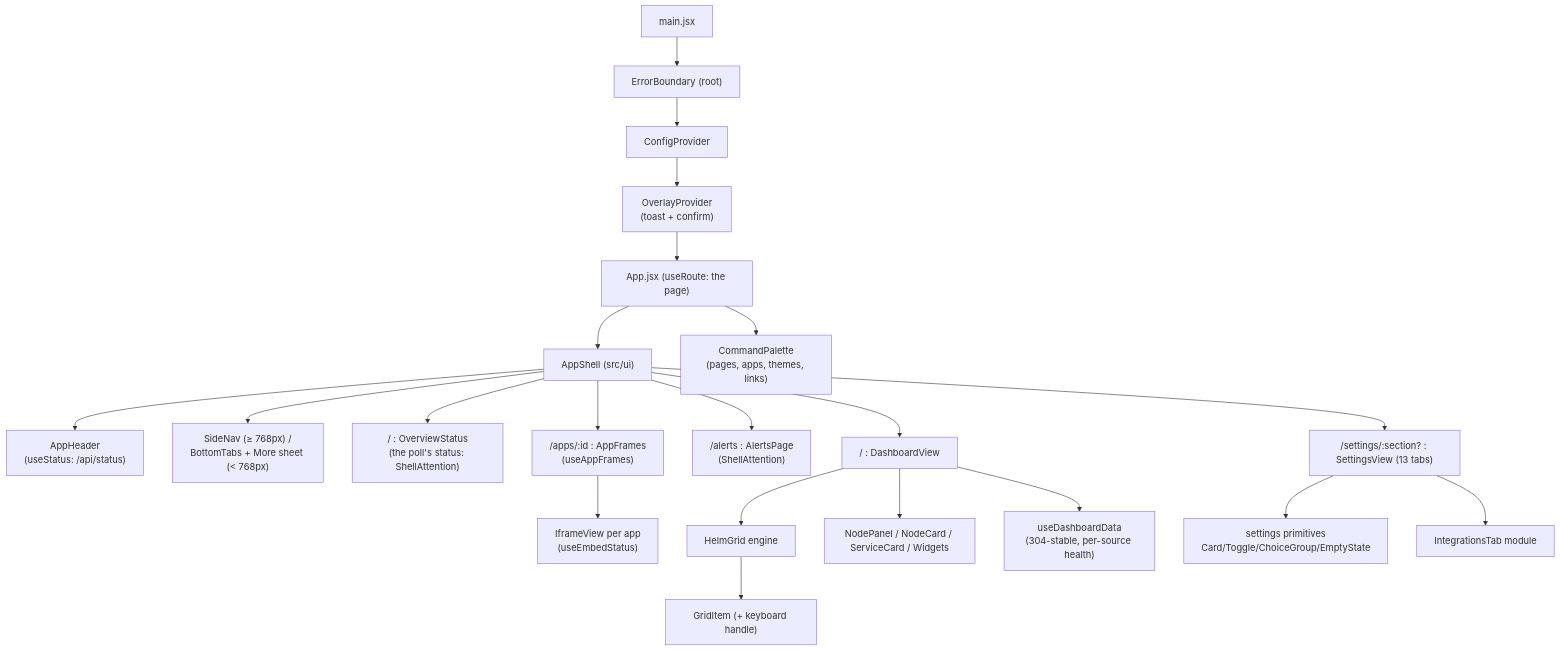
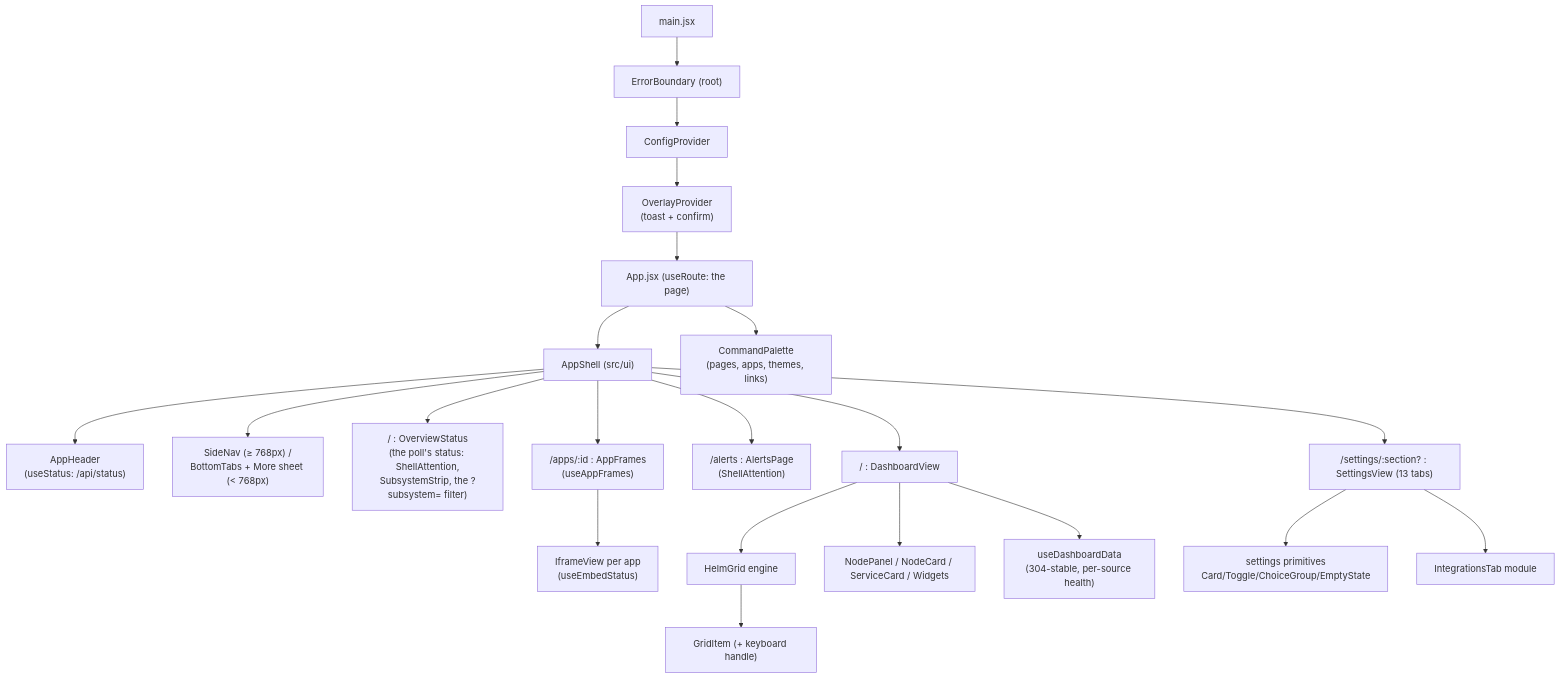
Before and after one commit to jagbhandal/jaghelm: the fourth of 5 diagrams in docs/ARCHITECTURE.md, drawn with Mermaid. The commit also changed other lines of this file and 28 other files, not shown here.

First line of the commit message:
feat(overview): the subsystem strip under the status, filtering the page to a subsystem (#298)

````diff
--- a/docs/ARCHITECTURE.md
+++ b/docs/ARCHITECTURE.md
@@ -1138,23 +1141,23 @@
 ```mermaid
 flowchart TD
   MAIN["main.jsx"] --> EB["ErrorBoundary (root)"]
   EB --> CP["ConfigProvider"]
   CP --> OP["OverlayProvider<br/>(toast + confirm)"]
   OP --> APP["App.jsx (useRoute: the page)"]
   APP --> SH["AppShell (src/ui)"]
   SH --> HD["AppHeader<br/>(useStatus: /api/status)"]
   SH --> SN["SideNav (≥ 768px) /<br/>BottomTabs + More sheet (< 768px)"]
   APP --> CPAL["CommandPalette<br/>(pages, apps, themes, links)"]
-  SH --> OS["/ : OverviewStatus<br/>(the poll's status: ShellAttention)"]
+  SH --> OS["/ : OverviewStatus<br/>(the poll's status: ShellAttention,<br/>SubsystemStrip, the ?subsystem= filter)"]
   SH --> DV["/ : DashboardView"]
   SH --> AP["/alerts : AlertsPage<br/>(ShellAttention)"]
   SH --> SV["/settings/:section? : SettingsView (13 tabs)"]
   SH --> AF["/apps/:id : AppFrames<br/>(useAppFrames)"]
   AF --> IV["IframeView per app<br/>(useEmbedStatus)"]
   DV --> HG["HelmGrid engine"]
   HG --> GI["GridItem (+ keyboard handle)"]
   DV --> NP["NodePanel / NodeCard / ServiceCard / Widgets"]
   DV --> UDD["useDashboardData<br/>(304-stable, per-source health)"]
   SV --> PRIM["settings primitives<br/>Card/Toggle/ChoiceGroup/EmptyState"]
   SV --> ITAB["IntegrationsTab module"]
 ```
````
